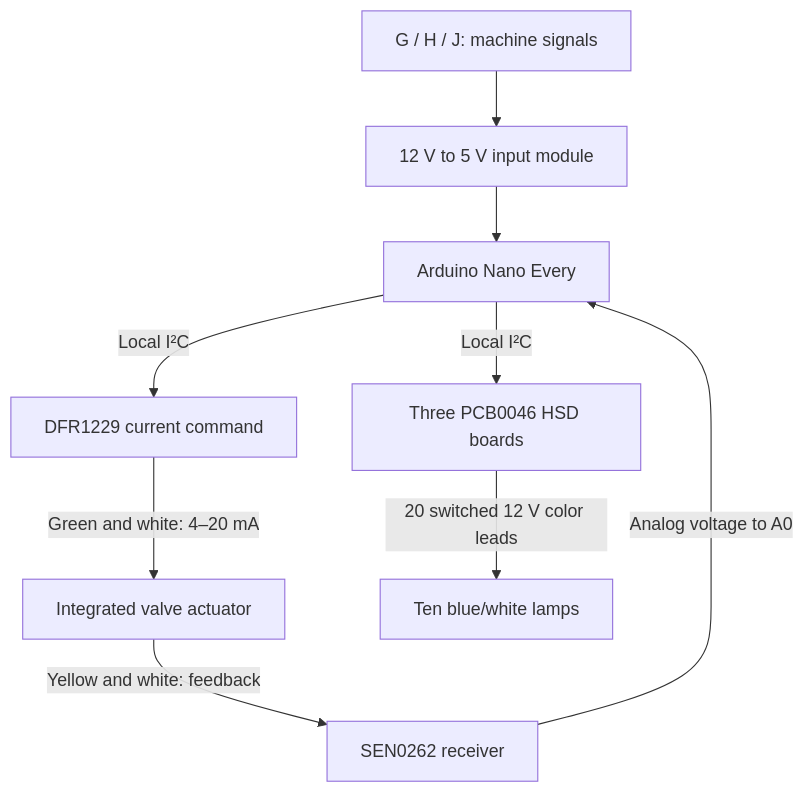
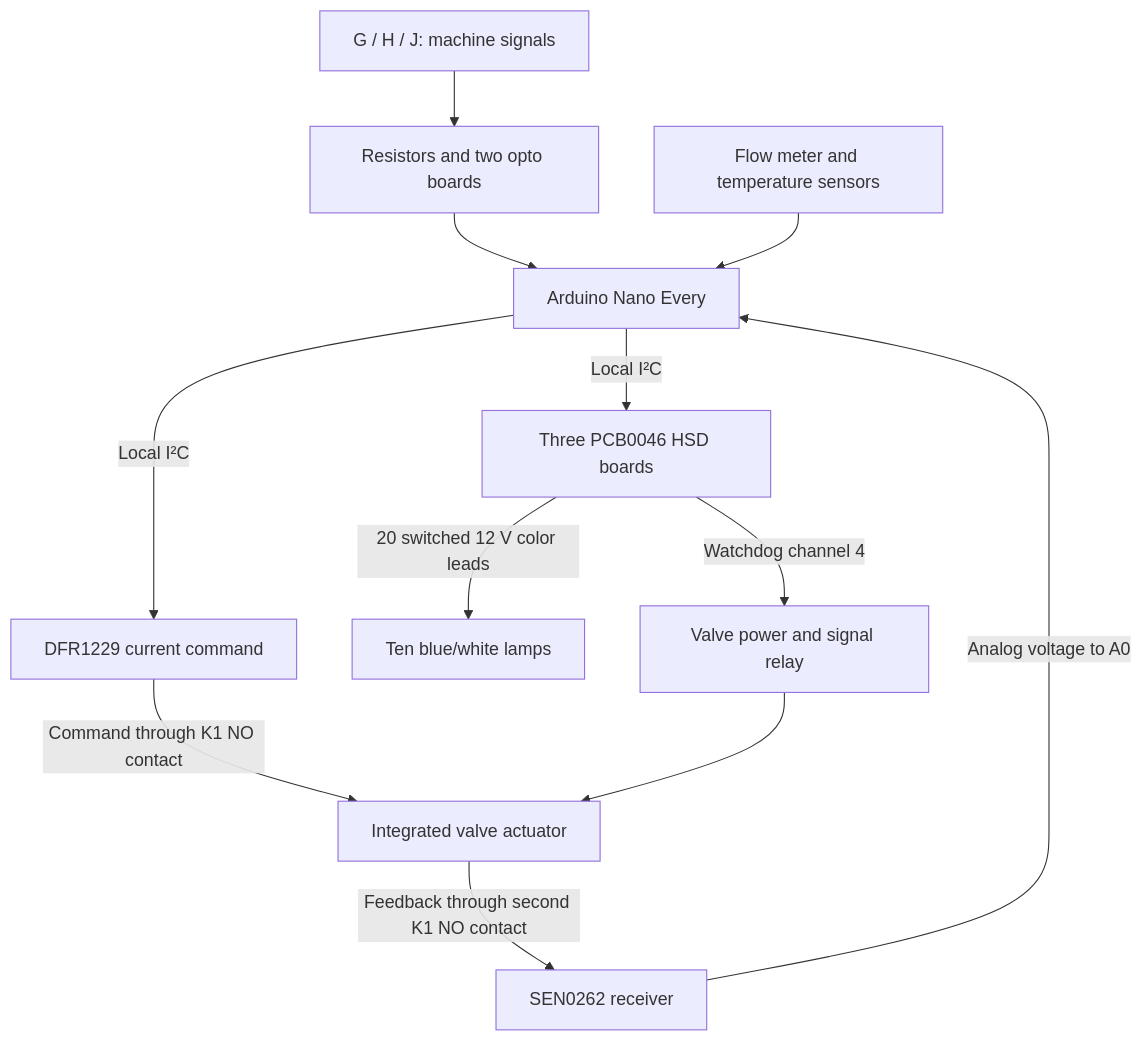
One commit to aeae1/Rock-Saw-Water-Control changed the first of 2 diagrams in docs/connections.md. Above: the diagram before and after it, drawn with Mermaid. The commit also changed other lines of this file and 25 other files, not shown here.

First line of the commit message:
Audit electrical connections and document Rev C bench schematic

````diff
--- a/docs/connections.md
+++ b/docs/connections.md
@@ -9,11 +9,14 @@
 ```mermaid
 flowchart TD
-    I["G / H / J: machine signals"] --> Q["12 V to 5 V input module"]
+    I["G / H / J: machine signals"] --> Q["Resistors and two opto boards"]
     Q --> C["Arduino Nano Every"]
     C -->|"Local I²C"| D["DFR1229 current command"]
-    D -->|"Green and white: 4–20 mA"| V["Integrated valve actuator"]
-    V -->|"Yellow and white: feedback"| R["SEN0262 receiver"]
+    D -->|"Command through K1 NO contact"| V["Integrated valve actuator"]
+    V -->|"Feedback through second K1 NO contact"| R["SEN0262 receiver"]
     R -->|"Analog voltage to A0"| C
     C -->|"Local I²C"| H["Three PCB0046 HSD boards"]
     H -->|"20 switched 12 V color leads"| L["Ten blue/white lamps"]
+    H -->|"Watchdog channel 4"| P["Valve power and signal relay"]
+    P --> V
+    F["Flow meter and temperature sensors"] --> C
 ```
````
